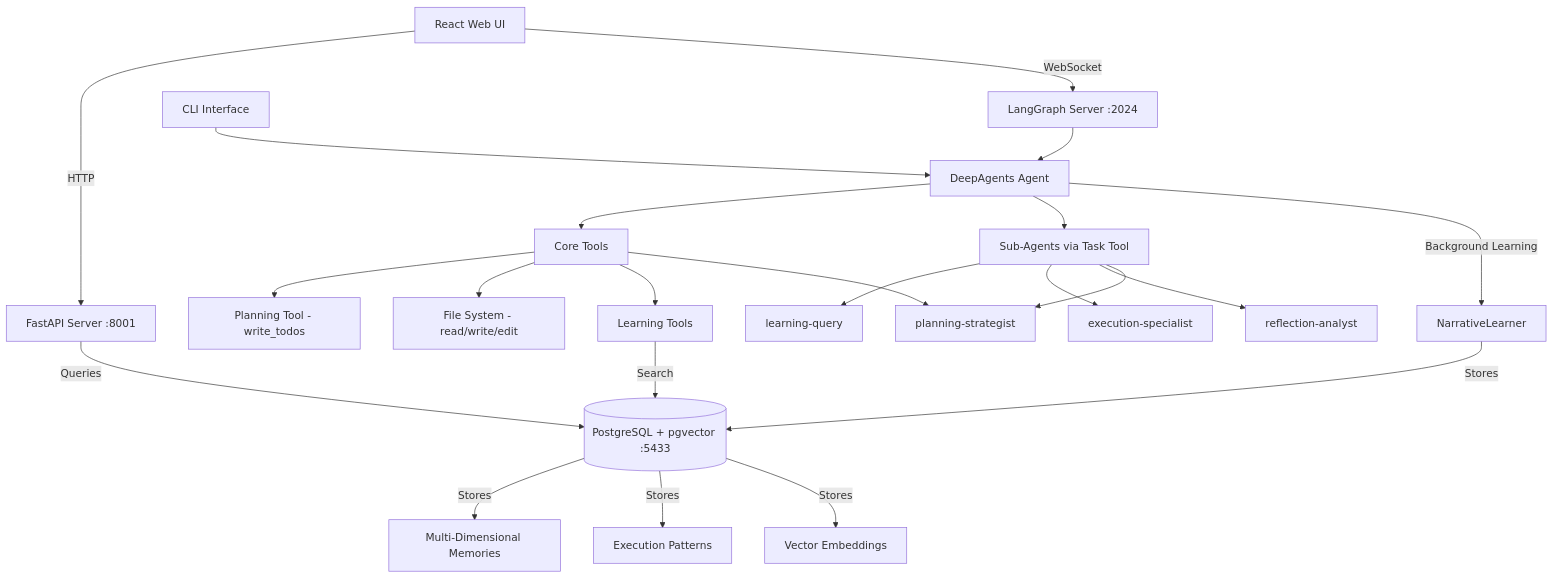
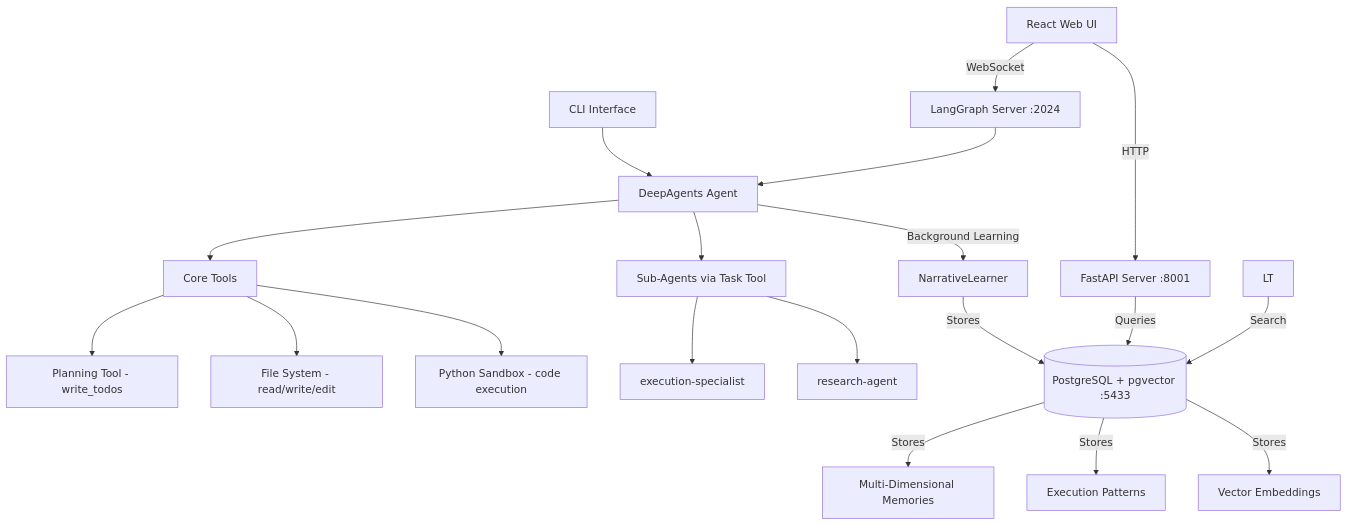
The diagram in README.md (johannhartmann/learning-agent), drawn with Mermaid before and after one commit. The commit also changed other lines of this file and 33 other files, not shown here.

````diff
--- a/README.md
+++ b/README.md
@@ -183,31 +183,28 @@
 ```mermaid
 graph TD
     UI[React Web UI] -->|HTTP| API[FastAPI Server :8001]
     UI -->|WebSocket| Server[LangGraph Server :2024]
 
     CLI[CLI Interface] --> Agent[DeepAgents Agent]
     Server --> Agent
 
     Agent --> Tools[Core Tools]
     Agent --> SubAgents[Sub-Agents via Task Tool]
 
     Tools --> PT[Planning Tool - write_todos]
     Tools --> FS[File System - read/write/edit]
-    Tools --> LT[Learning Tools]
     Tools --> PS[Python Sandbox - code execution]
 
-    SubAgents --> LQ[learning-query]
     SubAgents --> ES[execution-specialist]
-    SubAgents --> RA[reflection-analyst]
-    SubAgents --> PS[planning-strategist]
+    SubAgents --> RS[research-agent]
 
     Agent -->|Background Learning| NL[NarrativeLearner]
     NL -->|Stores| PG[(PostgreSQL + pgvector :5433)]
 
     API -->|Queries| PG
     LT -->|Search| PG
 
     PG -->|Stores| Memories[Multi-Dimensional Memories]
     PG -->|Stores| Patterns[Execution Patterns]
     PG -->|Stores| Embeddings[Vector Embeddings]
 ```
````
